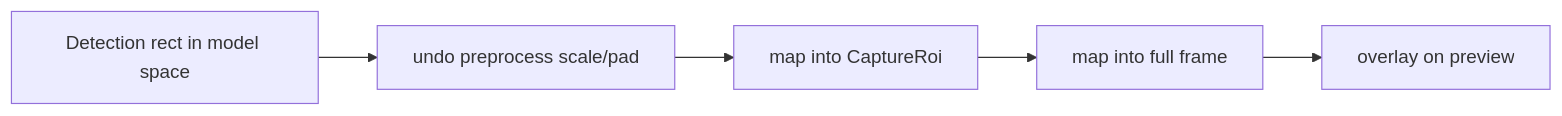
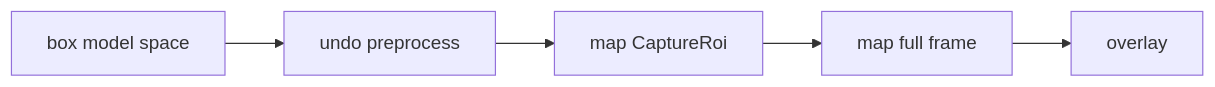
One commit to NAMUORI00/display-share changed the sixth of 8 diagrams in 설계안.md. Above: the diagram before and after it, drawn with Mermaid. The commit also changed other lines of this file and 25 other files, not shown here.

First line of the commit message:
docs(wiki): complete pages for current privacy/DXGI architecture

````diff
--- a/설계안.md
+++ b/설계안.md
@@ -162,7 +128,7 @@
 ```mermaid
 flowchart LR
-  BOX["Detection rect in model space"] --> M1["undo preprocess scale/pad"]
-  M1 --> M2["map into CaptureRoi"]
-  M2 --> M3["map into full frame"]
-  M3 --> UI["overlay on preview"]
+  BOX[box model space] --> M1[undo preprocess]
+  M1 --> M2[map CaptureRoi]
+  M2 --> M3[map full frame]
+  M3 --> UI[overlay]
 ```
````
